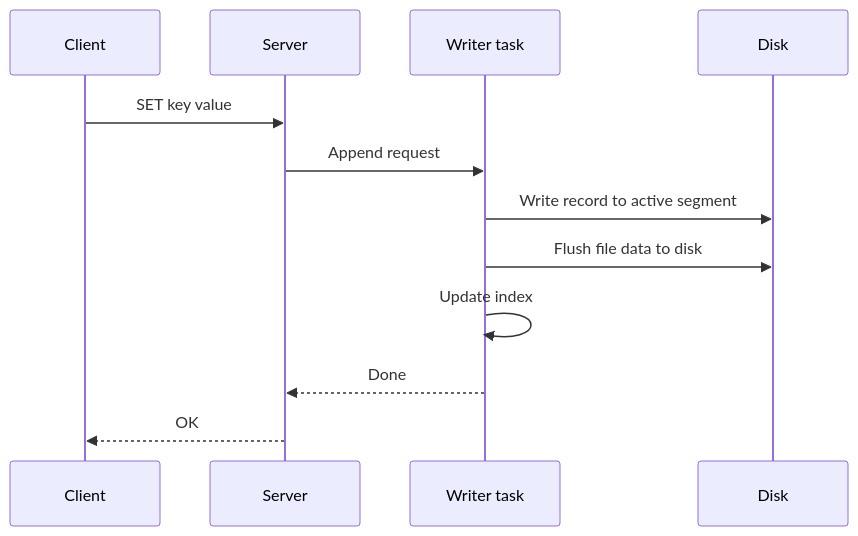
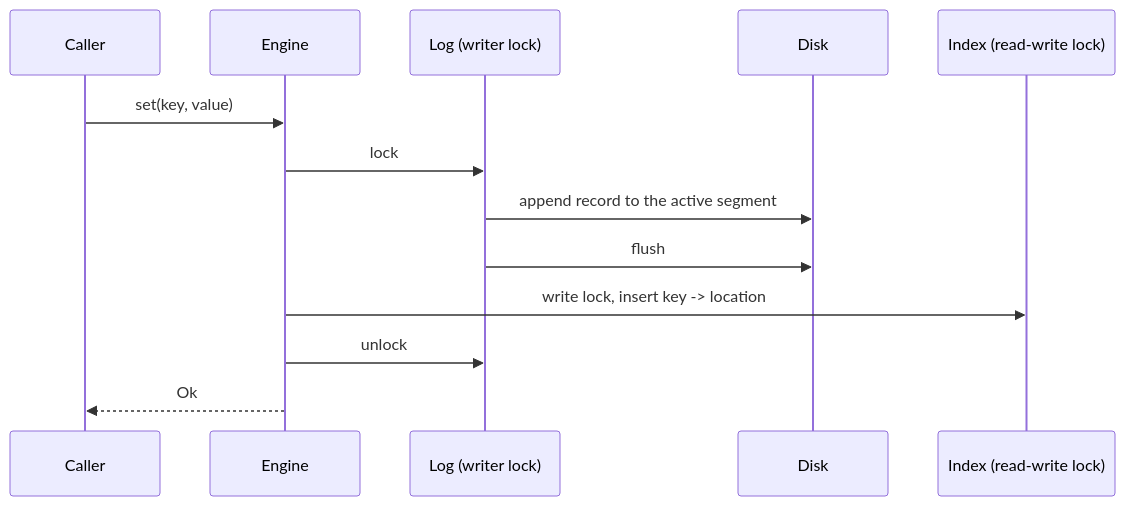
One commit to HenryG-code/EmberKV changed the third of 3 diagrams in docs/architecture.md. Above: the diagram before and after it, drawn with Mermaid. The commit also changed other lines of this file and 3 other files, not shown here.

Commit message:
docs: architecture, changelog and build plan for the storage engine

````diff
--- a/docs/architecture.md
+++ b/docs/architecture.md
@@ -111,14 +130,15 @@
 ```mermaid
 sequenceDiagram
-    participant C as Client
-    participant S as Server
-    participant W as Writer task
+    participant C as Caller
+    participant E as Engine
+    participant L as Log (writer lock)
     participant D as Disk
-    C->>S: SET key value
-    S->>W: Append request
-    W->>D: Write record to active segment
-    W->>D: Flush file data to disk
-    W->>W: Update index
-    W-->>S: Done
-    S-->>C: OK
+    participant I as Index (read-write lock)
+    C->>E: set(key, value)
+    E->>L: lock
+    L->>D: append record to the active segment
+    L->>D: flush
+    E->>I: write lock, insert key -> location
+    E->>L: unlock
+    E-->>C: Ok
 ```
````
